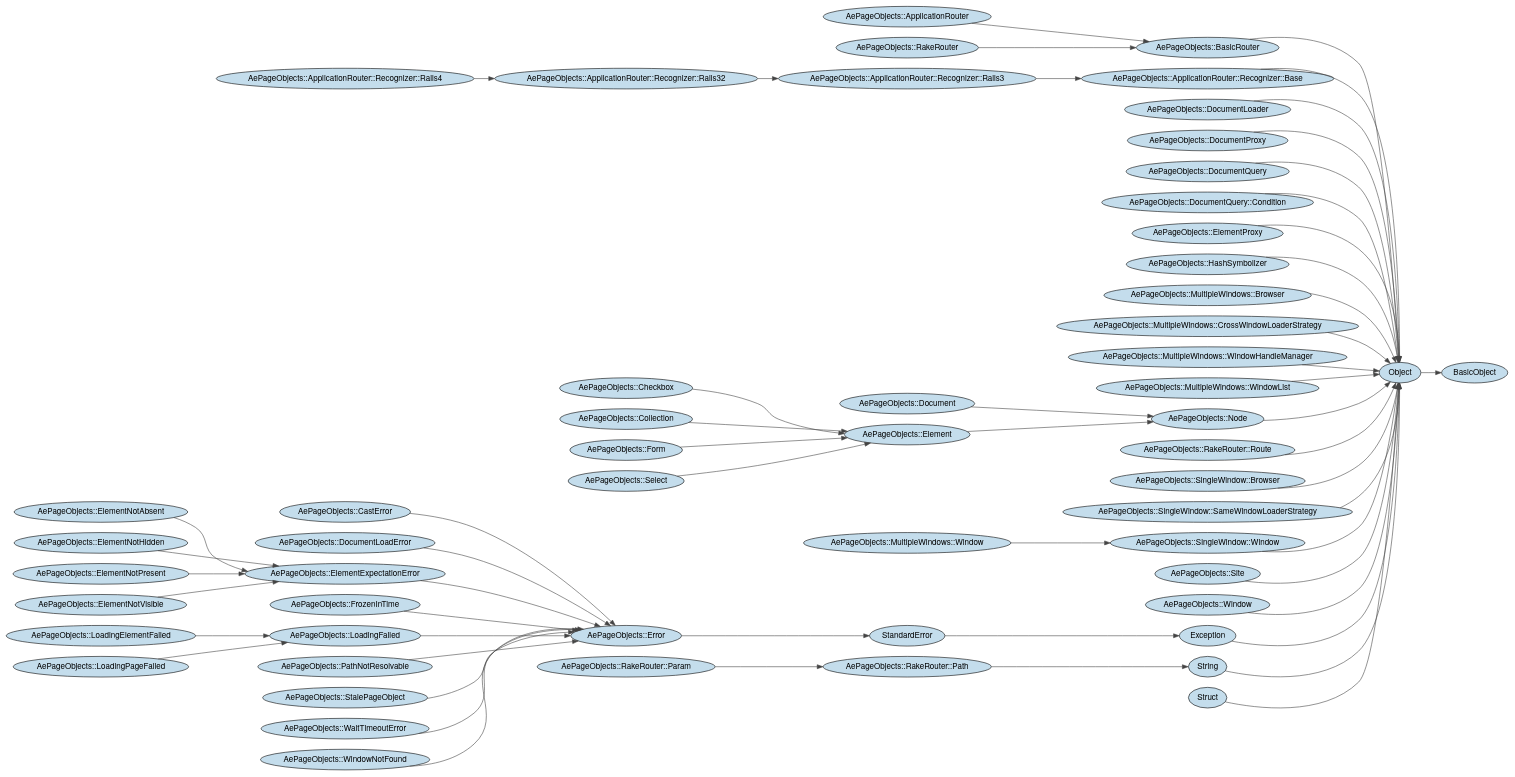
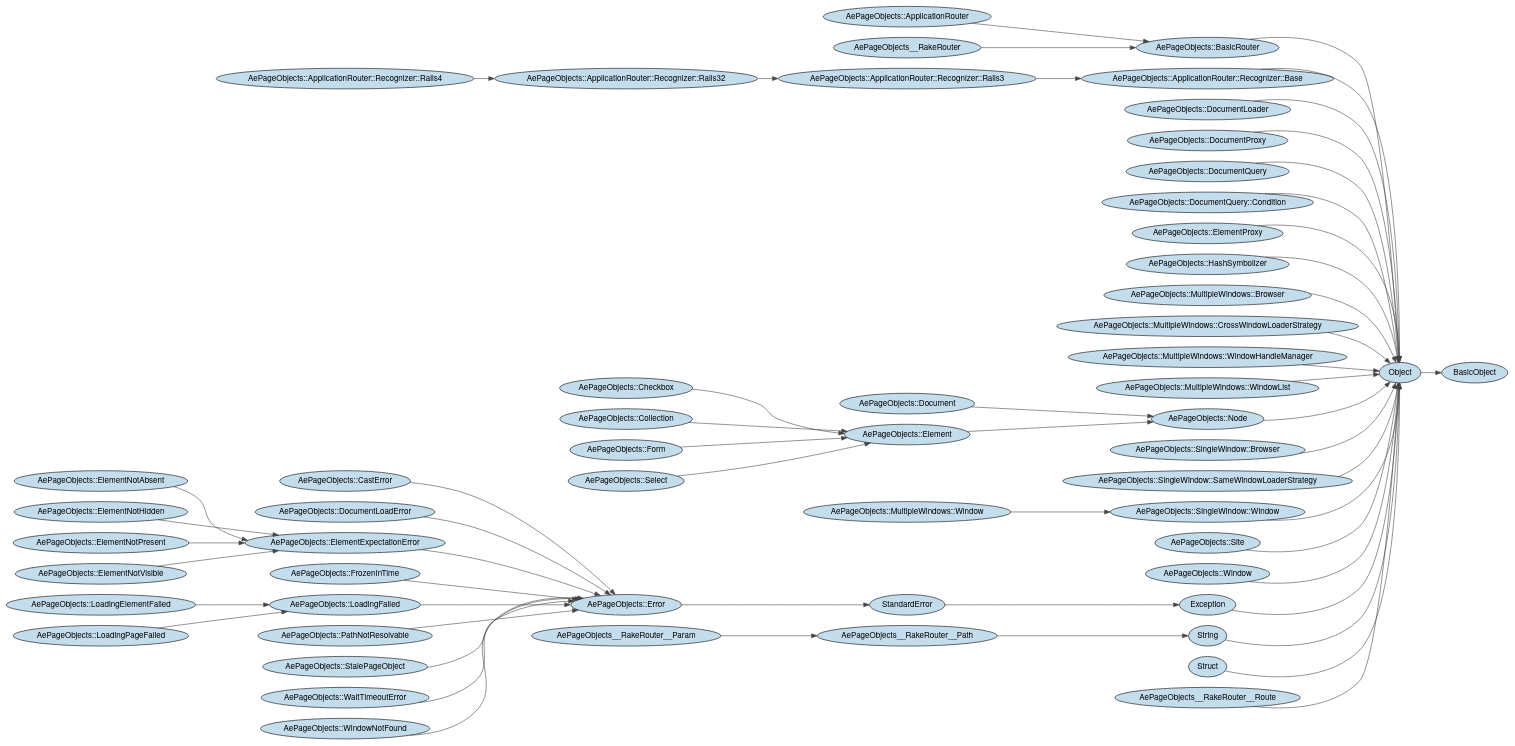
One commit to appfolio/ae_page_objects changed the diagram in etc/aepos.dot. Above: the diagram before and after it, drawn with Graphviz. The commit also changed 4 other files, not shown here.

Commit message:
Remove unused RakeRouter

```diff
--- a/etc/aepos.dot
+++ b/etc/aepos.dot
@@ -1,115 +1,111 @@
 digraph classes {
 	graph [rotate=0, rankdir="LR"]
 	node [fillcolor="#c4ddec", style="filled", fontname="Helvetica Neue"]
 	edge [color="#444444"]
 	#<Class_0x007fb6b9d555f8> [label=""]
 	AePageObjects__ApplicationRouter [label="AePageObjects::ApplicationRouter"]
 	AePageObjects__ApplicationRouter__Recognizer__Base [label="AePageObjects::ApplicationRouter::Recognizer::Base"]
 	AePageObjects__ApplicationRouter__Recognizer__Rails3 [label="AePageObjects::ApplicationRouter::Recognizer::Rails3"]
 	AePageObjects__ApplicationRouter__Recognizer__Rails32 [label="AePageObjects::ApplicationRouter::Recognizer::Rails32"]
 	AePageObjects__ApplicationRouter__Recognizer__Rails4 [label="AePageObjects::ApplicationRouter::Recognizer::Rails4"]
 	AePageObjects__BasicRouter [label="AePageObjects::BasicRouter"]
 	AePageObjects__CastError [label="AePageObjects::CastError"]
 	AePageObjects__Checkbox [label="AePageObjects::Checkbox"]
 	AePageObjects__Collection [label="AePageObjects::Collection"]
 	AePageObjects__Document [label="AePageObjects::Document"]
 	AePageObjects__DocumentLoadError [label="AePageObjects::DocumentLoadError"]
 	AePageObjects__DocumentLoader [label="AePageObjects::DocumentLoader"]
 	AePageObjects__DocumentProxy [label="AePageObjects::DocumentProxy"]
 	AePageObjects__DocumentQuery [label="AePageObjects::DocumentQuery"]
 	AePageObjects__DocumentQuery__Condition [label="AePageObjects::DocumentQuery::Condition"]
 	AePageObjects__Element [label="AePageObjects::Element"]
 	AePageObjects__ElementExpectationError [label="AePageObjects::ElementExpectationError"]
 	AePageObjects__ElementNotAbsent [label="AePageObjects::ElementNotAbsent"]
 	AePageObjects__ElementNotHidden [label="AePageObjects::ElementNotHidden"]
 	AePageObjects__ElementNotPresent [label="AePageObjects::ElementNotPresent"]
 	AePageObjects__ElementNotVisible [label="AePageObjects::ElementNotVisible"]
 	AePageObjects__ElementProxy [label="AePageObjects::ElementProxy"]
 	AePageObjects__Error [label="AePageObjects::Error"]
 	AePageObjects__Form [label="AePageObjects::Form"]
 	AePageObjects__FrozenInTime [label="AePageObjects::FrozenInTime"]
 	AePageObjects__HashSymbolizer [label="AePageObjects::HashSymbolizer"]
 	AePageObjects__LoadingElementFailed [label="AePageObjects::LoadingElementFailed"]
 	AePageObjects__LoadingFailed [label="AePageObjects::LoadingFailed"]
 	AePageObjects__LoadingPageFailed [label="AePageObjects::LoadingPageFailed"]
 	AePageObjects__MultipleWindows__Browser [label="AePageObjects::MultipleWindows::Browser"]
 	AePageObjects__MultipleWindows__CrossWindowLoaderStrategy [label="AePageObjects::MultipleWindows::CrossWindowLoaderStrategy"]
 	AePageObjects__MultipleWindows__Window [label="AePageObjects::MultipleWindows::Window"]
 	AePageObjects__MultipleWindows__WindowHandleManager [label="AePageObjects::MultipleWindows::WindowHandleManager"]
 	AePageObjects__MultipleWindows__WindowList [label="AePageObjects::MultipleWindows::WindowList"]
 	AePageObjects__Node [label="AePageObjects::Node"]
 	AePageObjects__PathNotResolvable [label="AePageObjects::PathNotResolvable"]
-	AePageObjects__RakeRouter [label="AePageObjects::RakeRouter"]
-	AePageObjects__RakeRouter__Param [label="AePageObjects::RakeRouter::Param"]
-	AePageObjects__RakeRouter__Path [label="AePageObjects::RakeRouter::Path"]
-	AePageObjects__RakeRouter__Route [label="AePageObjects::RakeRouter::Route"]
 	AePageObjects__Select [label="AePageObjects::Select"]
 	AePageObjects__SingleWindow__Browser [label="AePageObjects::SingleWindow::Browser"]
 	AePageObjects__SingleWindow__SameWindowLoaderStrategy [label="AePageObjects::SingleWindow::SameWindowLoaderStrategy"]
 	AePageObjects__SingleWindow__Window [label="AePageObjects::SingleWindow::Window"]
 	AePageObjects__Site [label="AePageObjects::Site"]
 	AePageObjects__StalePageObject [label="AePageObjects::StalePageObject"]
 	AePageObjects__WaitTimeoutError [label="AePageObjects::WaitTimeoutError"]
 	AePageObjects__Window [label="AePageObjects::Window"]
 	AePageObjects__WindowNotFound [label="AePageObjects::WindowNotFound"]
 	Exception [label="Exception"]
 	Object [label="Object"]
 	StandardError [label="StandardError"]
 	String [label="String"]
 	Struct [label="Struct"]
 	#<Class_0x007fb6b9d555f8> -> Struct
 	AePageObjects__ApplicationRouter -> AePageObjects__BasicRouter
 	AePageObjects__ApplicationRouter__Recognizer__Base -> Object
 	AePageObjects__ApplicationRouter__Recognizer__Rails3 -> AePageObjects__ApplicationRouter__Recognizer__Base
 	AePageObjects__ApplicationRouter__Recognizer__Rails32 -> AePageObjects__ApplicationRouter__Recognizer__Rails3
 	AePageObjects__ApplicationRouter__Recognizer__Rails4 -> AePageObjects__ApplicationRouter__Recognizer__Rails32
 	AePageObjects__BasicRouter -> Object
 	AePageObjects__CastError -> AePageObjects__Error
 	AePageObjects__Checkbox -> AePageObjects__Element
 	AePageObjects__Collection -> AePageObjects__Element
 	AePageObjects__Document -> AePageObjects__Node
 	AePageObjects__DocumentLoadError -> AePageObjects__Error
 	AePageObjects__DocumentLoader -> Object
 	AePageObjects__DocumentProxy -> Object
 	AePageObjects__DocumentQuery -> Object
 	AePageObjects__DocumentQuery__Condition -> Object
 	AePageObjects__Element -> AePageObjects__Node
 	AePageObjects__ElementExpectationError -> AePageObjects__Error
 	AePageObjects__ElementNotAbsent -> AePageObjects__ElementExpectationError
 	AePageObjects__ElementNotHidden -> AePageObjects__ElementExpectationError
 	AePageObjects__ElementNotPresent -> AePageObjects__ElementExpectationError
 	AePageObjects__ElementNotVisible -> AePageObjects__ElementExpectationError
 	AePageObjects__ElementProxy -> Object
 	AePageObjects__Error -> StandardError
 	AePageObjects__Form -> AePageObjects__Element
 	AePageObjects__FrozenInTime -> AePageObjects__Error
 	AePageObjects__HashSymbolizer -> Object
 	AePageObjects__LoadingElementFailed -> AePageObjects__LoadingFailed
 	AePageObjects__LoadingFailed -> AePageObjects__Error
 	AePageObjects__LoadingPageFailed -> AePageObjects__LoadingFailed
 	AePageObjects__MultipleWindows__Browser -> Object
 	AePageObjects__MultipleWindows__CrossWindowLoaderStrategy -> Object
 	AePageObjects__MultipleWindows__Window -> AePageObjects__SingleWindow__Window
 	AePageObjects__MultipleWindows__WindowHandleManager -> Object
 	AePageObjects__MultipleWindows__WindowList -> Object
 	AePageObjects__Node -> Object
 	AePageObjects__PathNotResolvable -> AePageObjects__Error
 	AePageObjects__RakeRouter -> AePageObjects__BasicRouter
 	AePageObjects__RakeRouter__Param -> #<Class_0x007fb6b9d555f8>
 	AePageObjects__RakeRouter__Path -> String
 	AePageObjects__RakeRouter__Route -> Object
 	AePageObjects__Select -> AePageObjects__Element
 	AePageObjects__SingleWindow__Browser -> Object
 	AePageObjects__SingleWindow__SameWindowLoaderStrategy -> Object
 	AePageObjects__SingleWindow__Window -> Object
 	AePageObjects__Site -> Object
 	AePageObjects__StalePageObject -> AePageObjects__Error
 	AePageObjects__WaitTimeoutError -> AePageObjects__Error
 	AePageObjects__Window -> Object
 	AePageObjects__WindowNotFound -> AePageObjects__Error
 	Exception -> Object
 	Object -> BasicObject
 	StandardError -> Exception
 	String -> Object
 	Struct -> Object
 }
```
